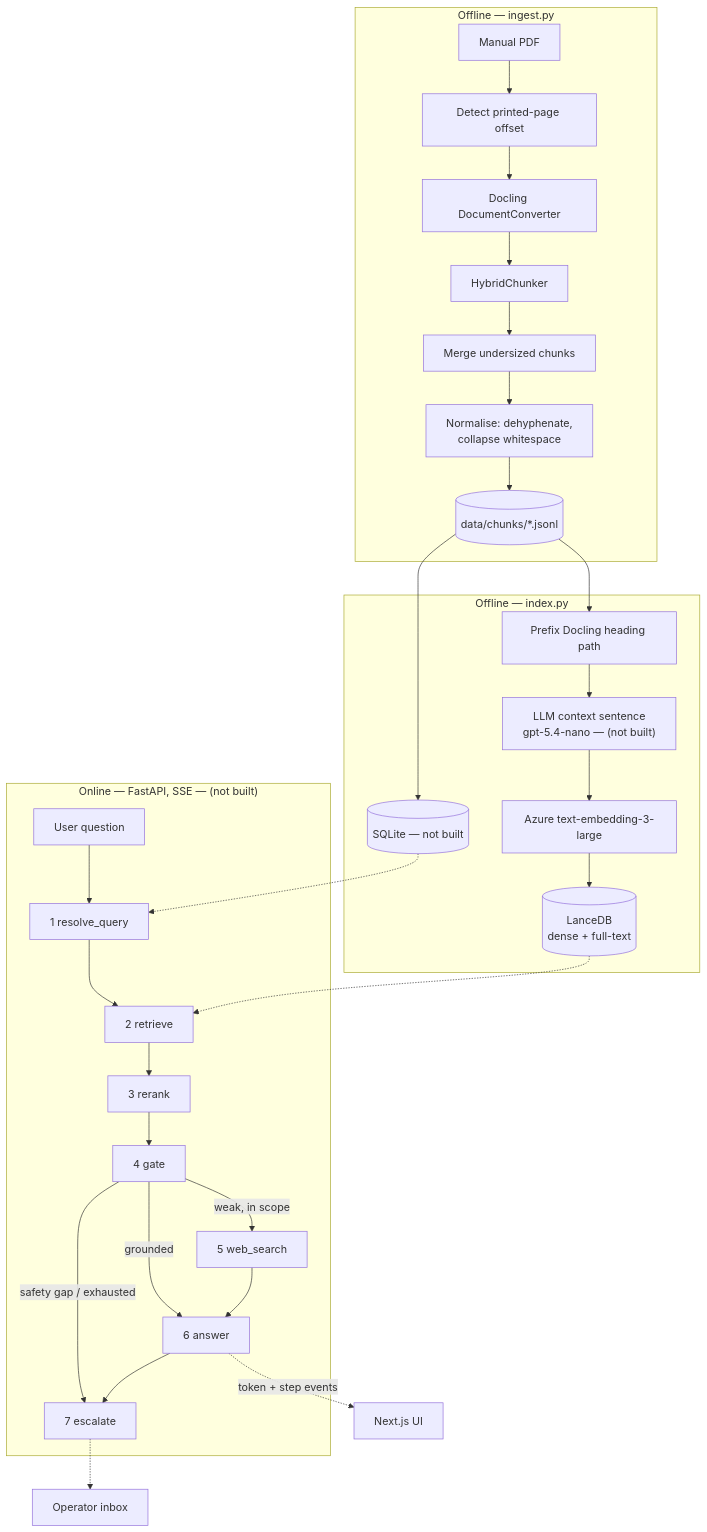
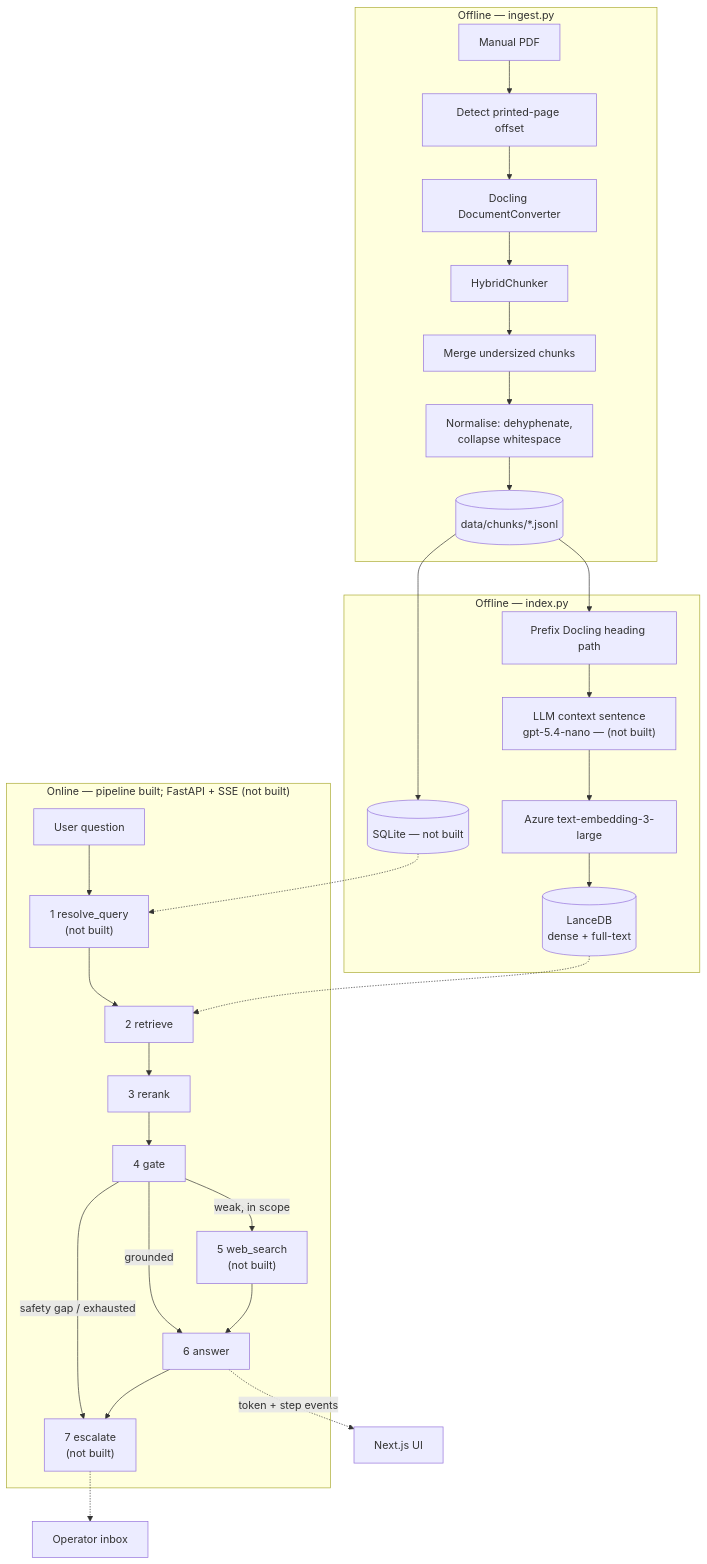
One commit to NilupulNishan/large-document-processing-demo changed the diagram in docs/architecture.md. Above: the diagram before and after it, drawn with Mermaid. The commit also changed other lines of this file and 10 other files, not shown here.

````diff
--- a/docs/architecture.md
+++ b/docs/architecture.md
@@ -16,36 +17,36 @@
 ```mermaid
 flowchart TB
     subgraph ingest["Offline — ingest.py"]
         pdf[Manual PDF] --> offset["Detect printed-page offset"]
         offset --> docling[Docling DocumentConverter]
         docling --> chunk[HybridChunker]
         chunk --> merge["Merge undersized chunks"]
         merge --> norm["Normalise: dehyphenate,<br/>collapse whitespace"]
         norm --> jsonl[("data/chunks/*.jsonl")]
     end
 
     subgraph index["Offline — index.py"]
         jsonl --> head["Prefix Docling heading path"]
         head --> ctx["LLM context sentence<br/>gpt-5.4-nano — (not built)"]
         ctx --> embed[Azure text-embedding-3-large]
         embed --> lance[(LanceDB<br/>dense + full-text)]
         jsonl --> sqlite[(SQLite — not built)]
     end
 
-    subgraph online["Online — FastAPI, SSE — (not built)"]
-        q[User question] --> resolve["1 resolve_query"]
+    subgraph online["Online — pipeline built; FastAPI + SSE (not built)"]
+        q[User question] --> resolve["1 resolve_query<br/>(not built)"]
         resolve --> retrieve["2 retrieve"]
         retrieve --> rerank["3 rerank"]
         rerank --> gate["4 gate"]
-        gate -->|weak, in scope| web["5 web_search"]
+        gate -->|weak, in scope| web["5 web_search<br/>(not built)"]
         gate -->|grounded| answer["6 answer"]
         web --> answer
-        gate -->|safety gap / exhausted| esc["7 escalate"]
+        gate -->|safety gap / exhausted| esc["7 escalate<br/>(not built)"]
         answer --> esc
     end
 
     lance -.-> retrieve
     sqlite -.-> resolve
     answer -.->|token + step events| ui[Next.js UI]
     esc -.-> inbox[Operator inbox]
 ```
````
